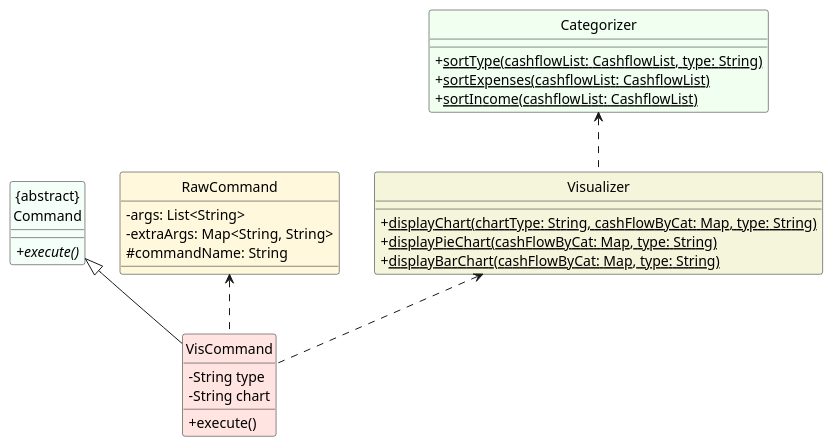
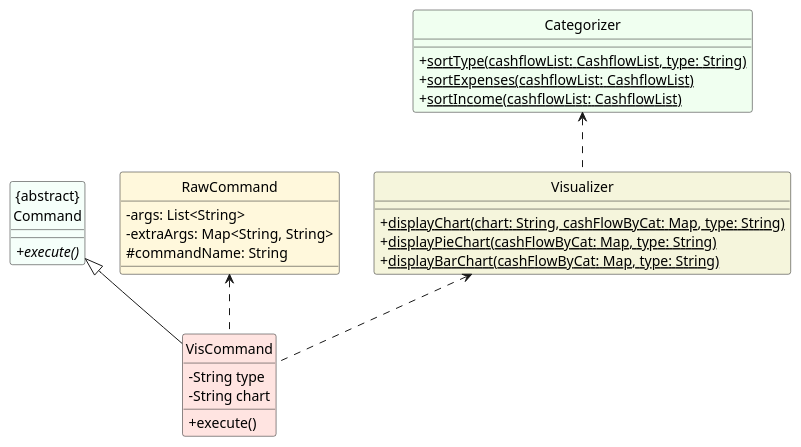
Before and after one commit to nus-cs2113-AY2324S1/tp: the diagram in docs/diagrams/vis/visualisationClass.puml, drawn with PlantUML. The commit also changed 1 other file, not shown here.

Commit message:
Update diagrams to match code

```diff
--- a/docs/diagrams/vis/visualisationClass.puml
+++ b/docs/diagrams/vis/visualisationClass.puml
@@ -1,43 +1,43 @@
 @startuml
 'https://plantuml.com/class-diagram
 
 skinparam classFontColor automatic
 
 
 class "{abstract}\nCommand"  #MintCream {
 +execute() {abstract}
 }
 
 class VisCommand #MistyRose {
 -String type
 -String chart
 +execute()
 }
 
 class RawCommand #Cornsilk {
 -args: List<String>
 -extraArgs: Map<String, String>
 #commandName: String
 }
 
 class Categorizer #HoneyDew {
 +<u>sortType(cashflowList: CashflowList, type: String)
 +<u>sortExpenses(cashflowList: CashflowList)
 +<u>sortIncome(cashflowList: CashflowList)
 }
 
 class Visualizer #Beige {
-+<u>displayChart(chartType: String, cashFlowByCat: Map, type: String)
++<u>displayChart(chart: String, cashFlowByCat: Map, type: String)
 + <u>displayPieChart(cashFlowByCat: Map, type: String)
 + <u>displayBarChart(cashFlowByCat: Map, type: String)
 }
 
 "{abstract}\nCommand" <|-- VisCommand
 RawCommand <.. VisCommand
 Categorizer <.. Visualizer
 Visualizer <.. VisCommand
 
 hide Circle
 skinparam classAttributeIconSize 0
 
 @enduml
```
